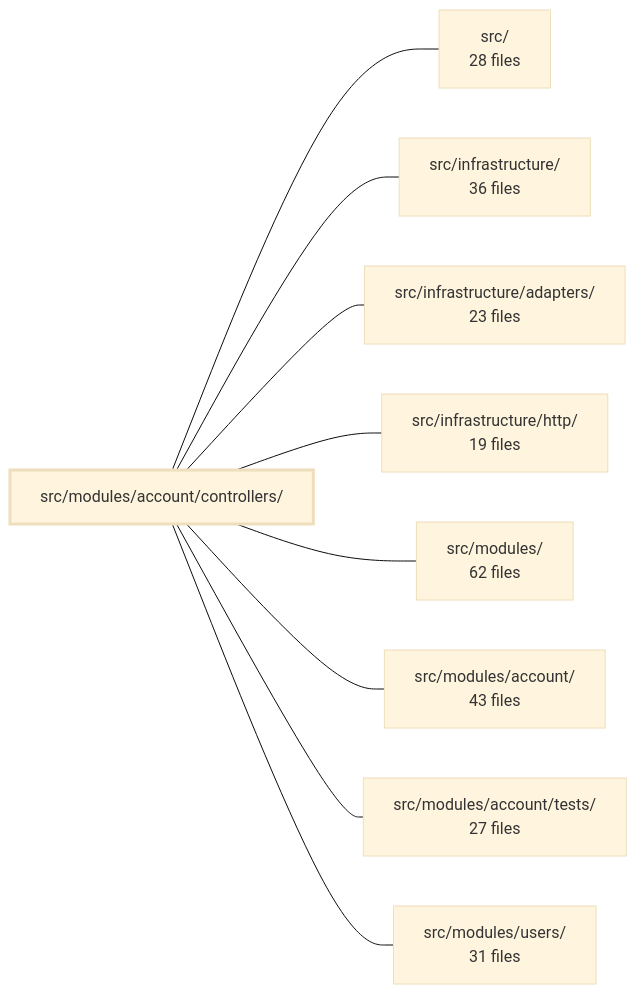
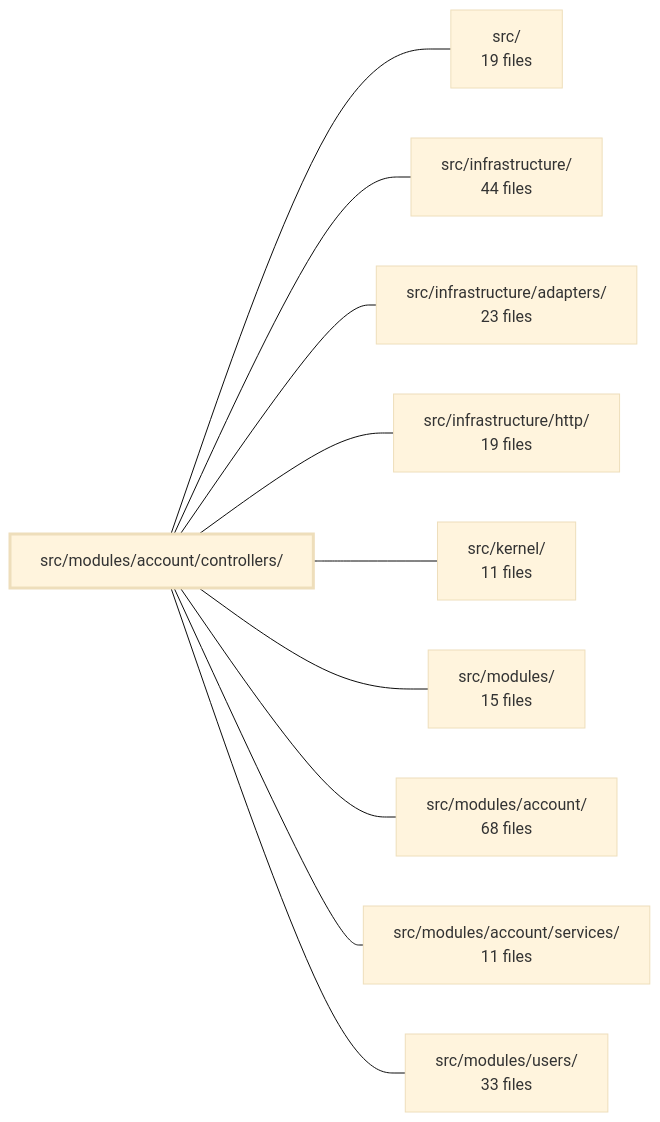
Before and after one commit to Guebbit/boilerplate-node-backend: the diagram in .2brain/modules/boilerplate-node-backend_src_modules_account_controllers.md, drawn with Mermaid (base theme). The commit also changed other lines of this file and 137 other files, not shown here.

````diff
--- a/.2brain/modules/boilerplate-node-backend_src_modules_account_controllers.md
+++ b/.2brain/modules/boilerplate-node-backend_src_modules_account_controllers.md
@@ -42,21 +42,23 @@
 ```mermaid
 flowchart LR
     m_src_modules_account_controllers["src/modules/account/controllers/"]
-    m_src["src/<br/>28 files"]
-    m_src_infrastructure["src/infrastructure/<br/>36 files"]
+    m_src["src/<br/>19 files"]
+    m_src_infrastructure["src/infrastructure/<br/>44 files"]
     m_src_infrastructure_adapters["src/infrastructure/adapters/<br/>23 files"]
     m_src_infrastructure_http["src/infrastructure/http/<br/>19 files"]
-    m_src_modules["src/modules/<br/>62 files"]
-    m_src_modules_account["src/modules/account/<br/>43 files"]
-    m_src_modules_account_tests["src/modules/account/tests/<br/>27 files"]
-    m_src_modules_users["src/modules/users/<br/>31 files"]
+    m_src_kernel["src/kernel/<br/>11 files"]
+    m_src_modules["src/modules/<br/>15 files"]
+    m_src_modules_account["src/modules/account/<br/>68 files"]
+    m_src_modules_account_services["src/modules/account/services/<br/>11 files"]
+    m_src_modules_users["src/modules/users/<br/>33 files"]
     m_src_modules_account_controllers --- m_src
     m_src_modules_account_controllers --- m_src_infrastructure
     m_src_modules_account_controllers --- m_src_infrastructure_adapters
     m_src_modules_account_controllers --- m_src_infrastructure_http
+    m_src_modules_account_controllers --- m_src_kernel
     m_src_modules_account_controllers --- m_src_modules
     m_src_modules_account_controllers --- m_src_modules_account
-    m_src_modules_account_controllers --- m_src_modules_account_tests
+    m_src_modules_account_controllers --- m_src_modules_account_services
     m_src_modules_account_controllers --- m_src_modules_users
     style m_src_modules_account_controllers stroke-width:3px
 ```
````
